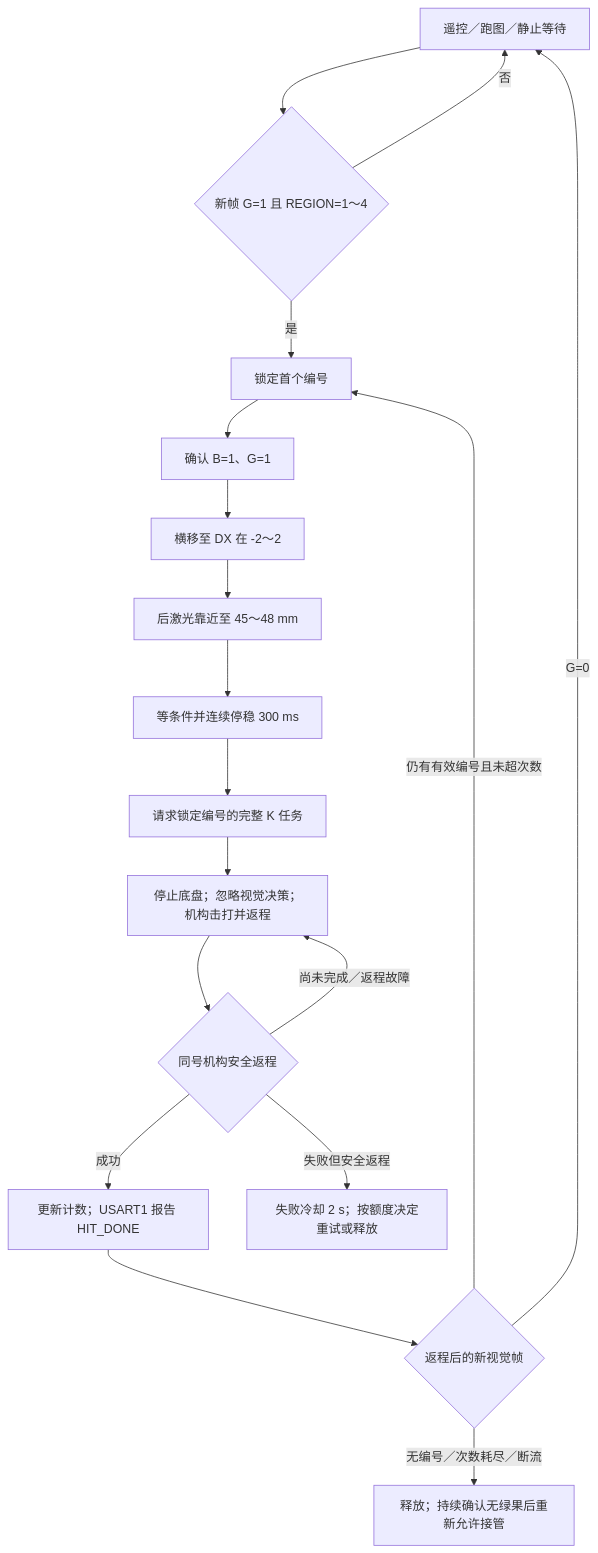
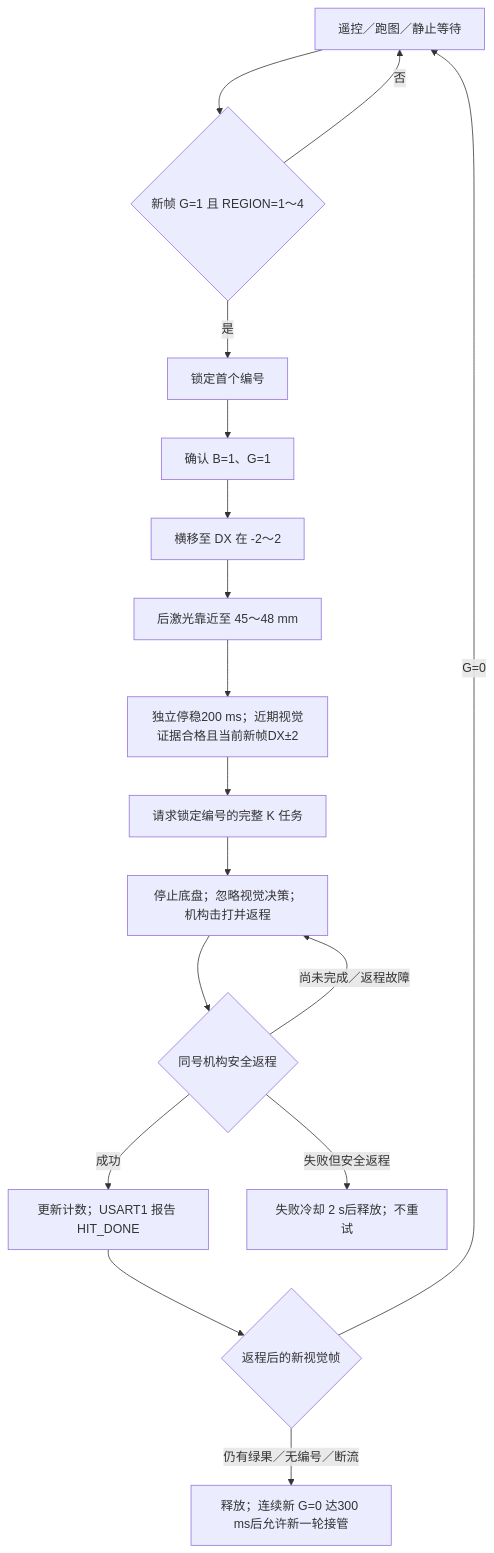
The diagram in docs/视觉控制逻辑.md (BlackSonmjq/C30D), drawn with Mermaid before and after one commit. The commit also changed other lines of this file and 54 other files, not shown here.

````diff
--- a/docs/视觉控制逻辑.md
+++ b/docs/视觉控制逻辑.md
@@ -19,20 +19,19 @@
 ```mermaid
 flowchart TD
     A[遥控／跑图／静止等待] --> B{新帧 G=1 且 REGION=1～4}
     B -- 否 --> A
     B -- 是 --> C[锁定首个编号]
     C --> D[确认 B=1、G=1]
     D --> E[横移至 DX 在 -2～2]
     E --> F[后激光靠近至 45～48 mm]
-    F --> H[等条件并连续停稳 300 ms]
+    F --> H[独立停稳200 ms；近期视觉证据合格且当前新帧DX±2]
     H --> I[请求锁定编号的完整 K 任务]
     I --> J[停止底盘；忽略视觉决策；机构击打并返程]
     J --> K{同号机构安全返程}
     K -- 尚未完成／返程故障 --> J
     K -- 成功 --> L[更新计数；USART1 报告 HIT_DONE]
     L --> M{返程后的新视觉帧}
     M -- G=0 --> A
-    M -- 仍有有效编号且未超次数 --> C
-    M -- 无编号／次数耗尽／断流 --> N[释放；持续确认无绿果后重新允许接管]
-    K -- 失败但安全返程 --> O[失败冷却 2 s；按额度决定重试或释放]
+    M -- 仍有绿果／无编号／断流 --> N[释放；连续新 G=0 达300 ms后允许新一轮接管]
+    K -- 失败但安全返程 --> O[失败冷却 2 s后释放；不重试]
 ```
````
